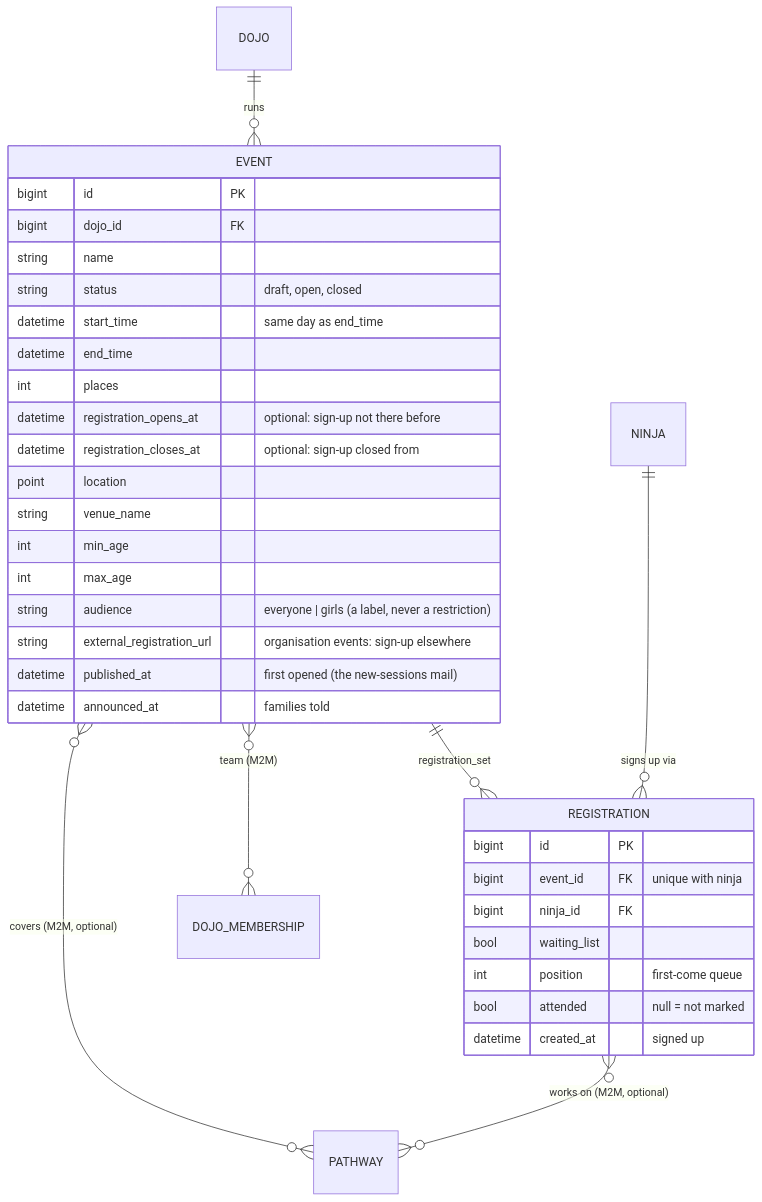
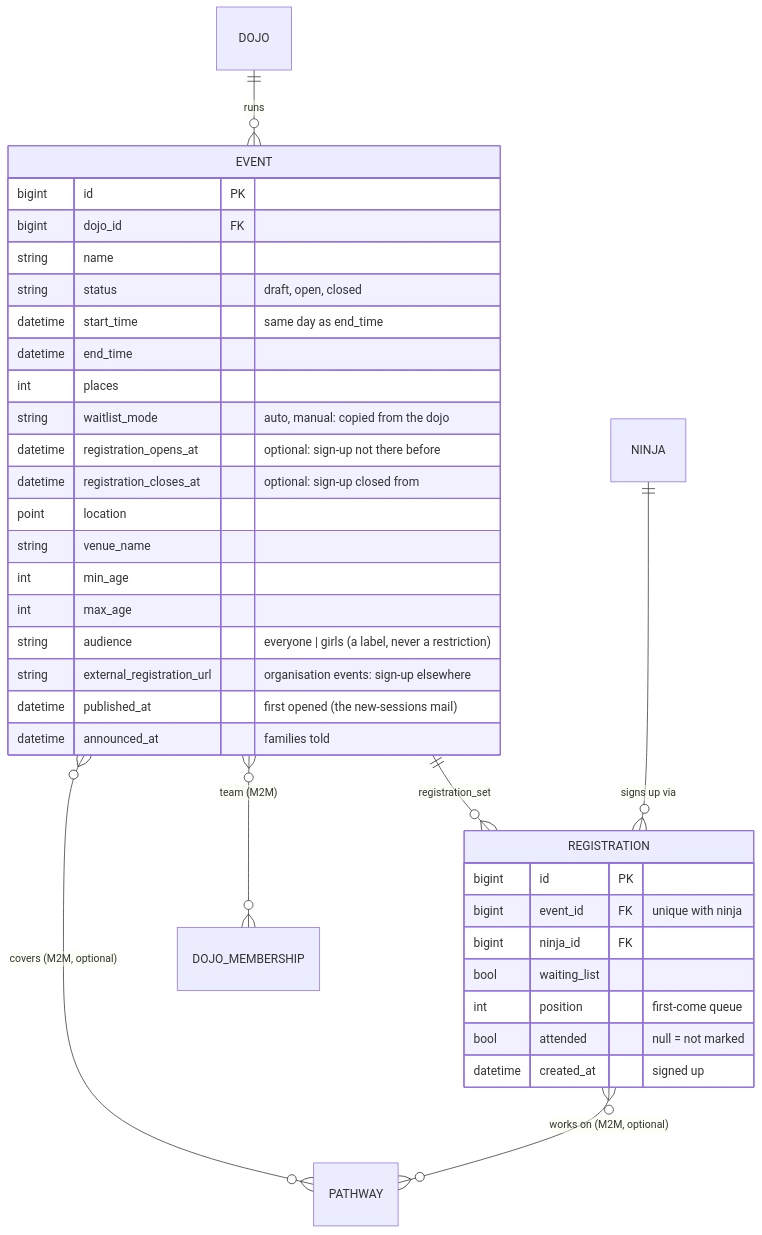
One commit to DoublG/coderdojo-event-registration changed the sixth of 23 diagrams in DATA_MODEL.md. Above: the diagram before and after it, drawn with Mermaid. The commit also changed other lines of this file and 18 other files, not shown here.

First line of the commit message:
Events: the waiting-list mode per session, copied from the dojo

````diff
--- a/DATA_MODEL.md
+++ b/DATA_MODEL.md
@@ -379,38 +379,39 @@
 ```mermaid
 erDiagram
     DOJO ||--o{ EVENT : "runs"
     EVENT ||--o{ REGISTRATION : "registration_set"
     NINJA ||--o{ REGISTRATION : "signs up via"
     EVENT }o--o{ PATHWAY : "covers (M2M, optional)"
     REGISTRATION }o--o{ PATHWAY : "works on (M2M, optional)"
     EVENT }o--o{ DOJO_MEMBERSHIP : "team (M2M)"
 
     EVENT {
         bigint id PK
         bigint dojo_id FK
         string name
         string status "draft, open, closed"
         datetime start_time "same day as end_time"
         datetime end_time
         int places
+        string waitlist_mode "auto, manual: copied from the dojo"
         datetime registration_opens_at "optional: sign-up not there before"
         datetime registration_closes_at "optional: sign-up closed from"
         point location
         string venue_name
         int min_age
         int max_age
         string audience "everyone | girls (a label, never a restriction)"
         string external_registration_url "organisation events: sign-up elsewhere"
         datetime published_at "first opened (the new-sessions mail)"
         datetime announced_at "families told"
     }
     REGISTRATION {
         bigint id PK
         bigint event_id FK "unique with ninja"
         bigint ninja_id FK
         bool waiting_list
         int position "first-come queue"
         bool attended "null = not marked"
         datetime created_at "signed up"
     }
 ```
````
